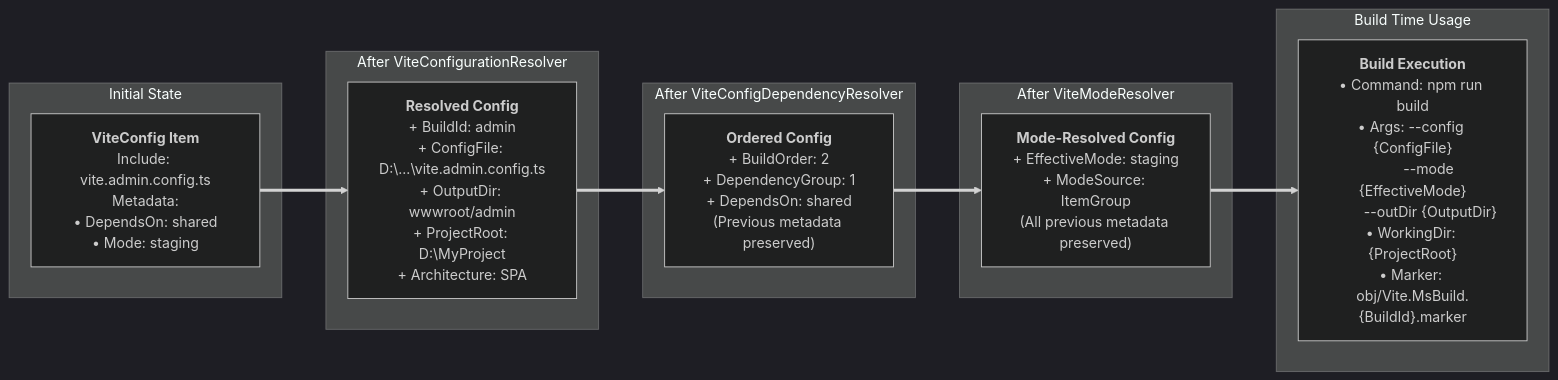
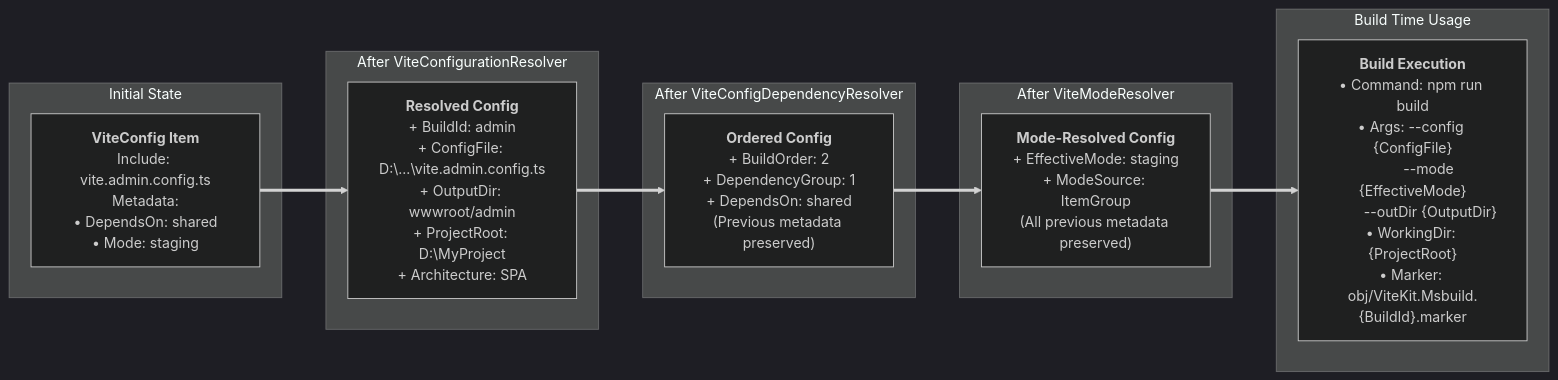
Diagram 16 of 22 in docs/architecture/process-flow.md (DigitalParadox/Vite.MsBuild), drawn with Mermaid (dark theme) before and after one commit. The commit also changed other lines of this file and 38 other files, not shown here.

First line of the commit message:
refactor: rename Vite.MsBuild to ViteKit.Msbuild across documentation

````diff
--- a/docs/architecture/process-flow.md
+++ b/docs/architecture/process-flow.md
@@ -703,27 +703,27 @@
 ```mermaid
 graph LR
     subgraph "Initial State"
         START["<b>ViteConfig Item</b><br/>Include: vite.admin.config.ts<br/>Metadata:<br/>• DependsOn: shared<br/>• Mode: staging"]
     end
     
     subgraph "After ViteConfigurationResolver"
         CONF["<b>Resolved Config</b><br/>+ BuildId: admin<br/>+ ConfigFile: D:\...\vite.admin.config.ts<br/>+ OutputDir: wwwroot/admin<br/>+ ProjectRoot: D:\MyProject<br/>+ Architecture: SPA"]
     end
     
     subgraph "After ViteConfigDependencyResolver"
         DEP["<b>Ordered Config</b><br/>+ BuildOrder: 2<br/>+ DependencyGroup: 1<br/>+ DependsOn: shared<br/>(Previous metadata preserved)"]
     end
     
     subgraph "After ViteModeResolver"
         MODE["<b>Mode-Resolved Config</b><br/>+ EffectiveMode: staging<br/>+ ModeSource: ItemGroup<br/>(All previous metadata preserved)"]
     end
     
     subgraph "Build Time Usage"
-        BUILD["<b>Build Execution</b><br/>• Command: npm run build<br/>• Args: --config {ConfigFile}<br/>         --mode {EffectiveMode}<br/>         --outDir {OutputDir}<br/>• WorkingDir: {ProjectRoot}<br/>• Marker: obj/Vite.MsBuild.{BuildId}.marker"]
+        BUILD["<b>Build Execution</b><br/>• Command: npm run build<br/>• Args: --config {ConfigFile}<br/>         --mode {EffectiveMode}<br/>         --outDir {OutputDir}<br/>• WorkingDir: {ProjectRoot}<br/>• Marker: obj/ViteKit.Msbuild.{BuildId}.marker"]
     end
     
     START ==> CONF
     CONF ==> DEP
     DEP ==> MODE
     MODE ==> BUILD
 ```
````
